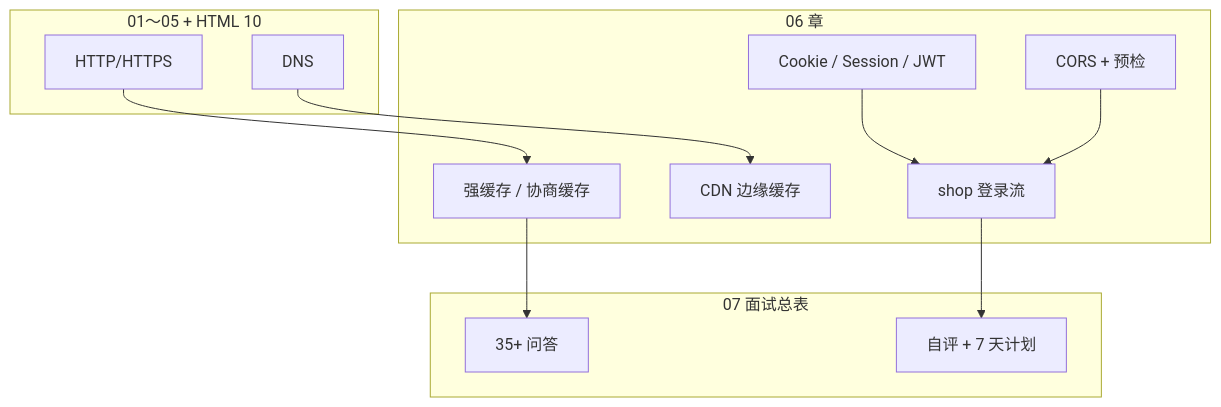
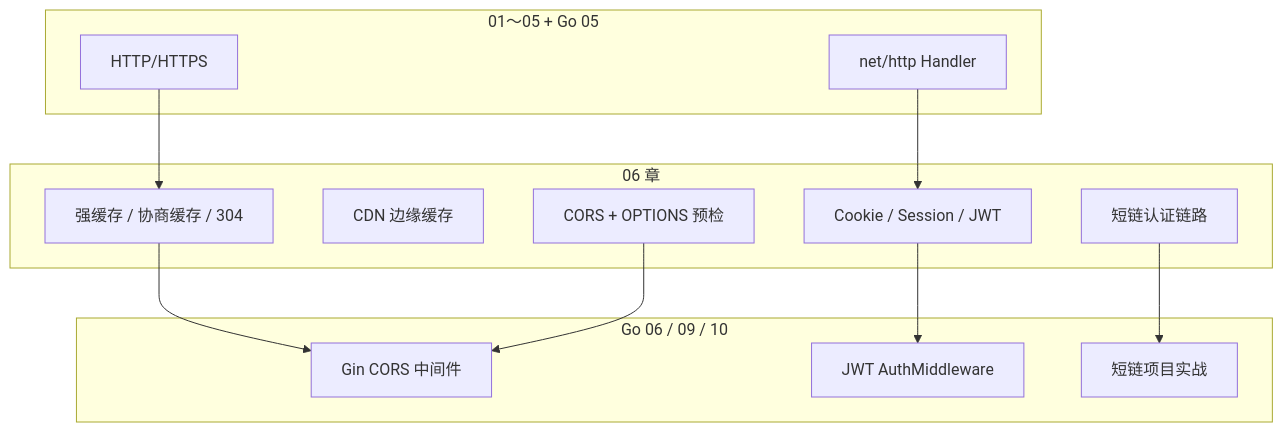
The first of 7 diagrams in 前端学习/计算机网络/06-缓存Cookie与会话机制.md (moqix26/study), drawn with Mermaid before and after one commit. The commit also changed other lines of this file and 10 other files, not shown here.

````diff
--- a/前端学习/计算机网络/06-缓存Cookie与会话机制.md
+++ b/前端学习/计算机网络/06-缓存Cookie与会话机制.md
@@ -83,24 +86,25 @@
 ```mermaid
 flowchart TB
-    subgraph 上章["01～05 + HTML 10"]
+    subgraph 上章["01～05 + Go 05"]
         A[HTTP/HTTPS]
-        B[DNS]
+        B[net/http Handler]
     end
     subgraph 本章["06 章"]
-        C[强缓存 / 协商缓存]
+        C[强缓存 / 协商缓存 / 304]
         D[CDN 边缘缓存]
         E[Cookie / Session / JWT]
-        F[CORS + 预检]
-        G[shop 登录流]
+        F[CORS + OPTIONS 预检]
+        G[短链认证链路]
     end
-    subgraph 下章["07 面试总表"]
-        H[35+ 问答]
-        I[自评 + 7 天计划]
+    subgraph 下章["Go 06 / 09 / 10"]
+        H[Gin CORS 中间件]
+        I[JWT AuthMiddleware]
+        J[短链项目实战]
     end
     A --> C
-    B --> D
+    B --> E
     C --> H
-    E --> G
-    F --> G
-    G --> I
+    E --> I
+    F --> H
+    G --> J
 ```
````
